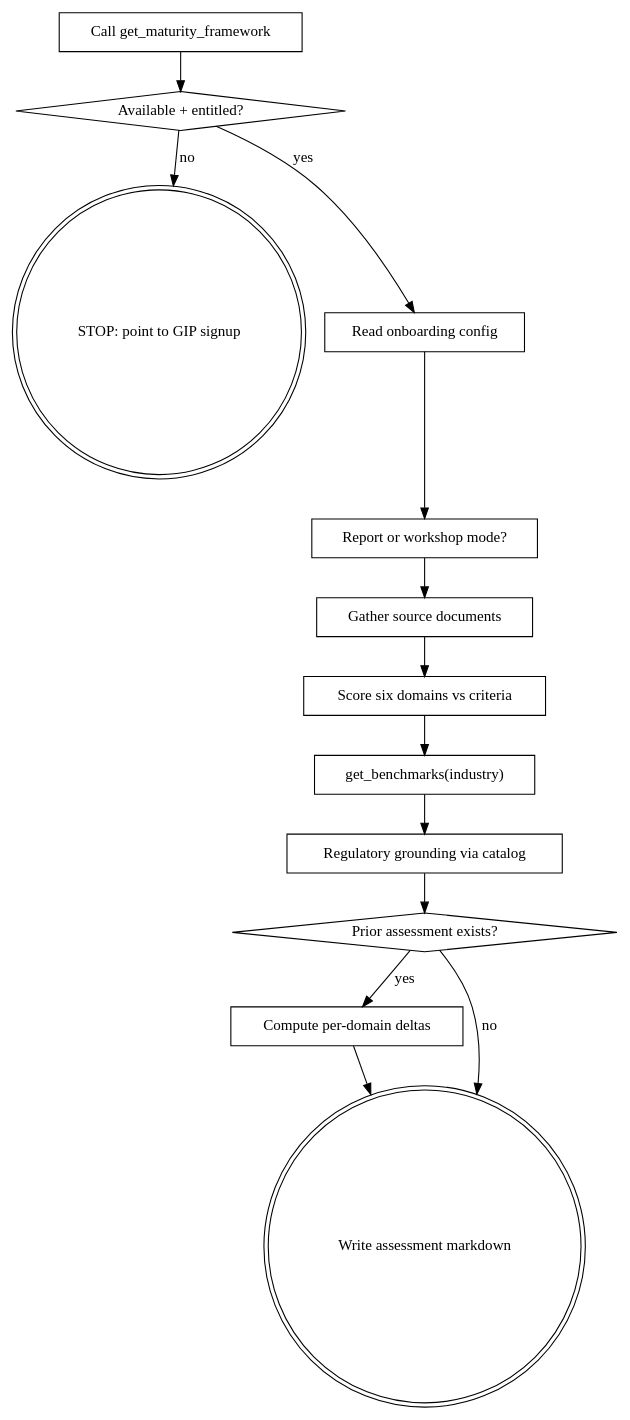
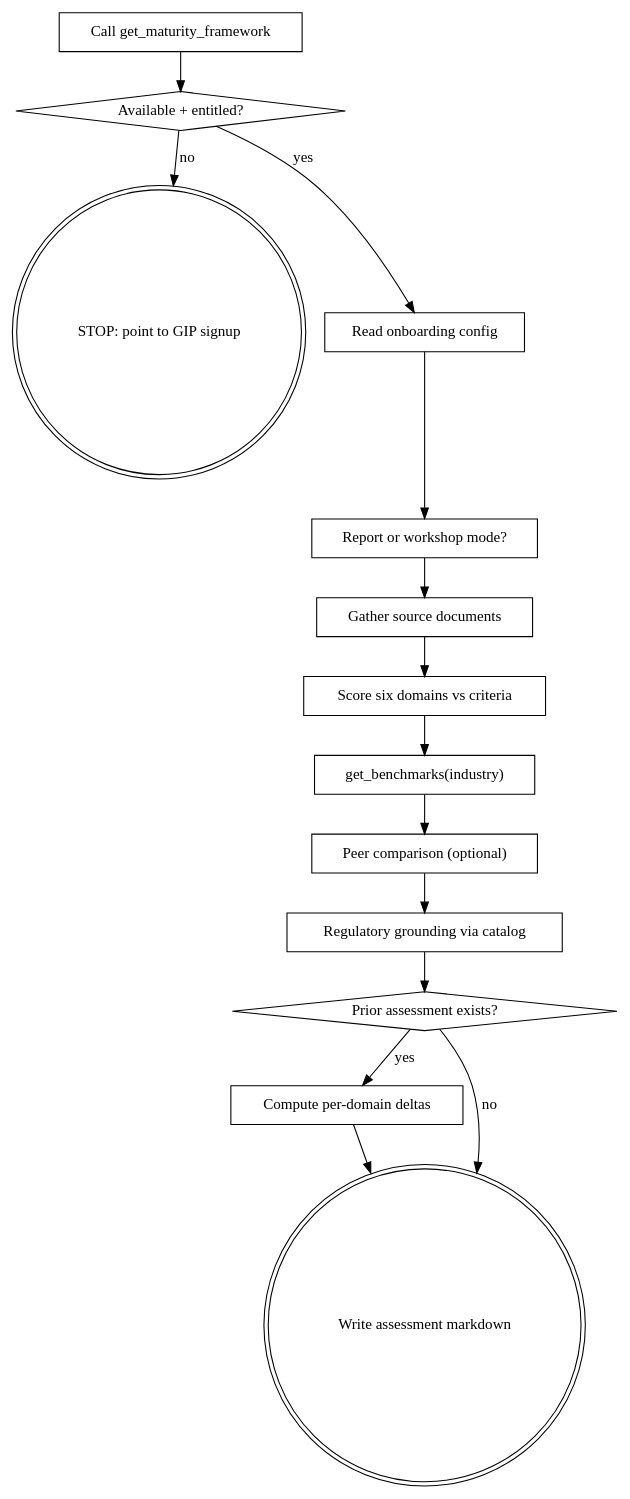
Before and after one commit to credo-ai/credoai-plugins: the diagram in plugins/governance-intelligence-pro/skills/aigov-maturity/SKILL.md, drawn with Graphviz. The commit also changed other lines of this file and 1 other file, not shown here.

````diff
--- a/plugins/governance-intelligence-pro/skills/aigov-maturity/SKILL.md
+++ b/plugins/governance-intelligence-pro/skills/aigov-maturity/SKILL.md
@@ -47,29 +47,31 @@
 ```dot
 digraph maturity {
     "Call get_maturity_framework" [shape=box];
     "Available + entitled?" [shape=diamond];
     "STOP: point to GIP signup" [shape=doublecircle];
     "Read onboarding config" [shape=box];
     "Report or workshop mode?" [shape=box];
     "Gather source documents" [shape=box];
     "Score six domains vs criteria" [shape=box];
     "get_benchmarks(industry)" [shape=box];
+    "Peer comparison (optional)" [shape=box];
     "Regulatory grounding via catalog" [shape=box];
     "Prior assessment exists?" [shape=diamond];
     "Compute per-domain deltas" [shape=box];
     "Write assessment markdown" [shape=doublecircle];
 
     "Call get_maturity_framework" -> "Available + entitled?";
     "Available + entitled?" -> "STOP: point to GIP signup" [label="no"];
     "Available + entitled?" -> "Read onboarding config" [label="yes"];
     "Read onboarding config" -> "Report or workshop mode?";
     "Report or workshop mode?" -> "Gather source documents";
     "Gather source documents" -> "Score six domains vs criteria";
     "Score six domains vs criteria" -> "get_benchmarks(industry)";
-    "get_benchmarks(industry)" -> "Regulatory grounding via catalog";
+    "get_benchmarks(industry)" -> "Peer comparison (optional)";
+    "Peer comparison (optional)" -> "Regulatory grounding via catalog";
     "Regulatory grounding via catalog" -> "Prior assessment exists?";
     "Prior assessment exists?" -> "Compute per-domain deltas" [label="yes"];
     "Prior assessment exists?" -> "Write assessment markdown" [label="no"];
     "Compute per-domain deltas" -> "Write assessment markdown";
 }
 ```
````
